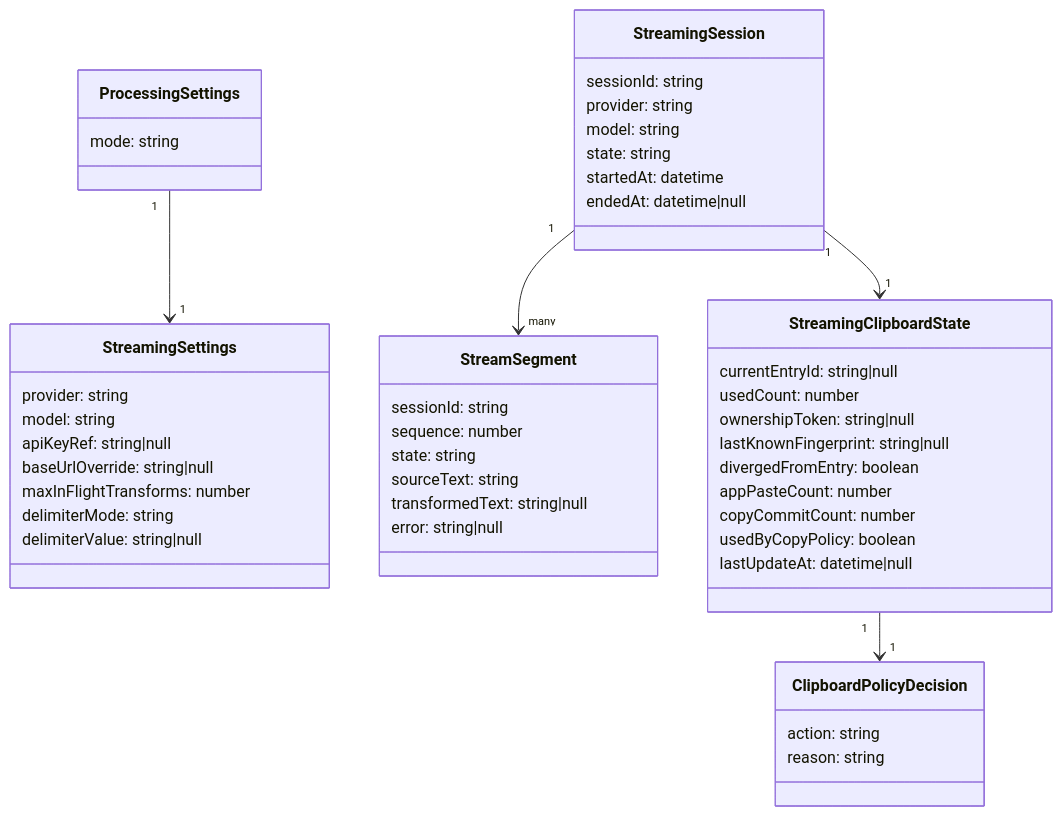
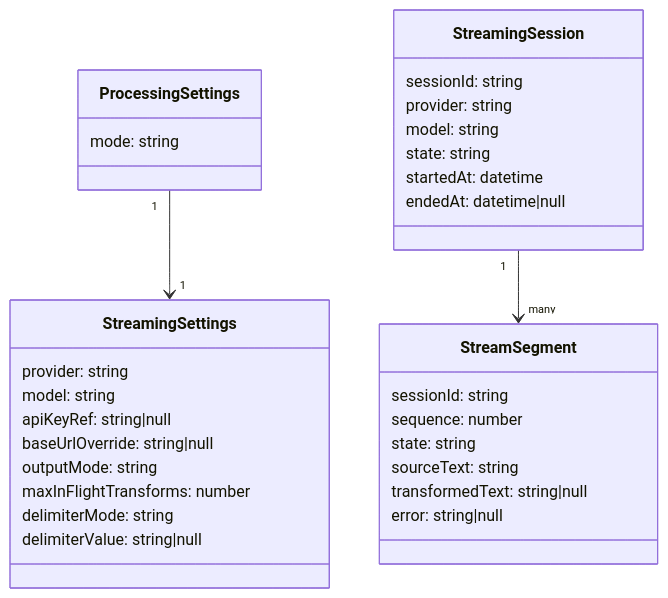
The sixth of 8 diagrams in specs/spec.md (massun-onibakuchi/speech-to-text-app), drawn with Mermaid before and after one commit. The commit also changed other lines of this file and 2 other files, not shown here.

Commit message:
Clarify streaming paste-only output semantics

````diff
--- a/specs/spec.md
+++ b/specs/spec.md
@@ -819,56 +783,38 @@
 ```mermaid
 classDiagram
   class ProcessingSettings {
     mode: string
   }
 
   class StreamingSession {
     sessionId: string
     provider: string
     model: string
     state: string
     startedAt: datetime
     endedAt: datetime|null
   }
 
   class StreamSegment {
     sessionId: string
     sequence: number
     state: string
     sourceText: string
     transformedText: string|null
     error: string|null
   }
 
   class StreamingSettings {
     provider: string
     model: string
     apiKeyRef: string|null
     baseUrlOverride: string|null
+    outputMode: string
     maxInFlightTransforms: number
     delimiterMode: string
     delimiterValue: string|null
   }
 
-  class StreamingClipboardState {
-    currentEntryId: string|null
-    usedCount: number
-    ownershipToken: string|null
-    lastKnownFingerprint: string|null
-    divergedFromEntry: boolean
-    appPasteCount: number
-    copyCommitCount: number
-    usedByCopyPolicy: boolean
-    lastUpdateAt: datetime|null
-  }
-
-  class ClipboardPolicyDecision {
-    action: string
-    reason: string
-  }
-
   StreamingSession "1" --> "many" StreamSegment
-  StreamingSession "1" --> "1" StreamingClipboardState
-  StreamingClipboardState "1" --> "1" ClipboardPolicyDecision
   ProcessingSettings "1" --> "1" StreamingSettings
 ```
````
